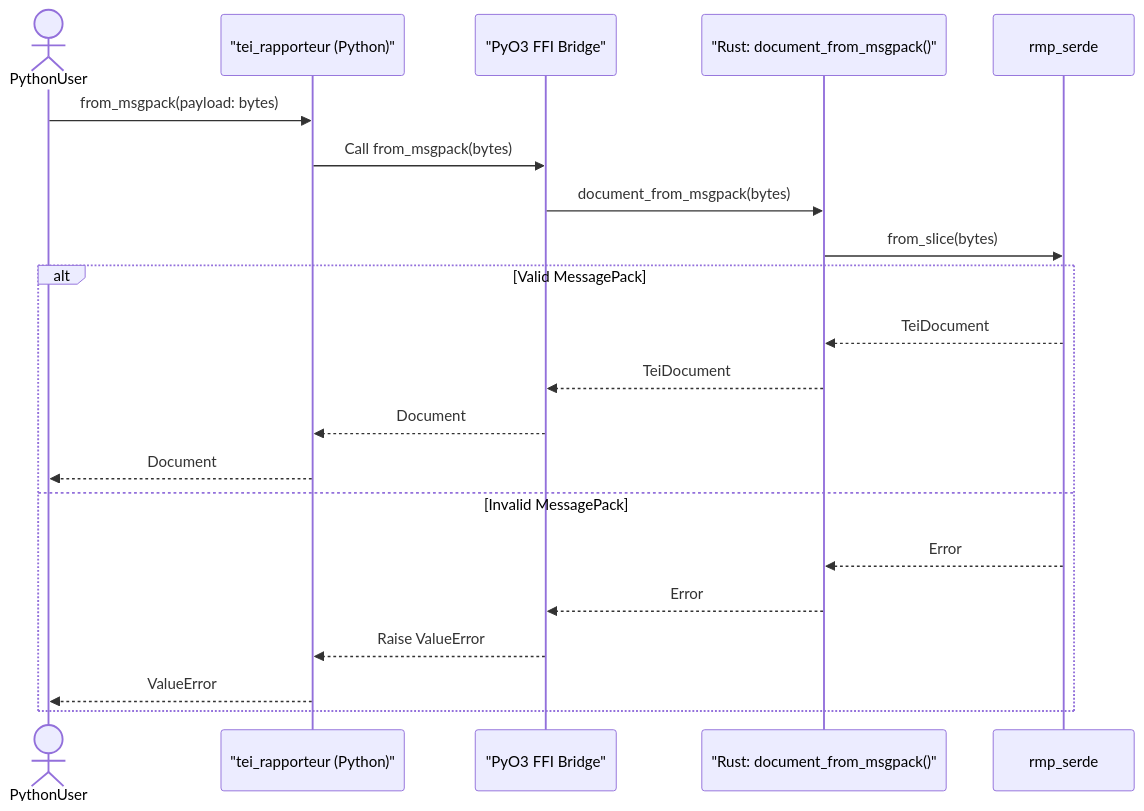
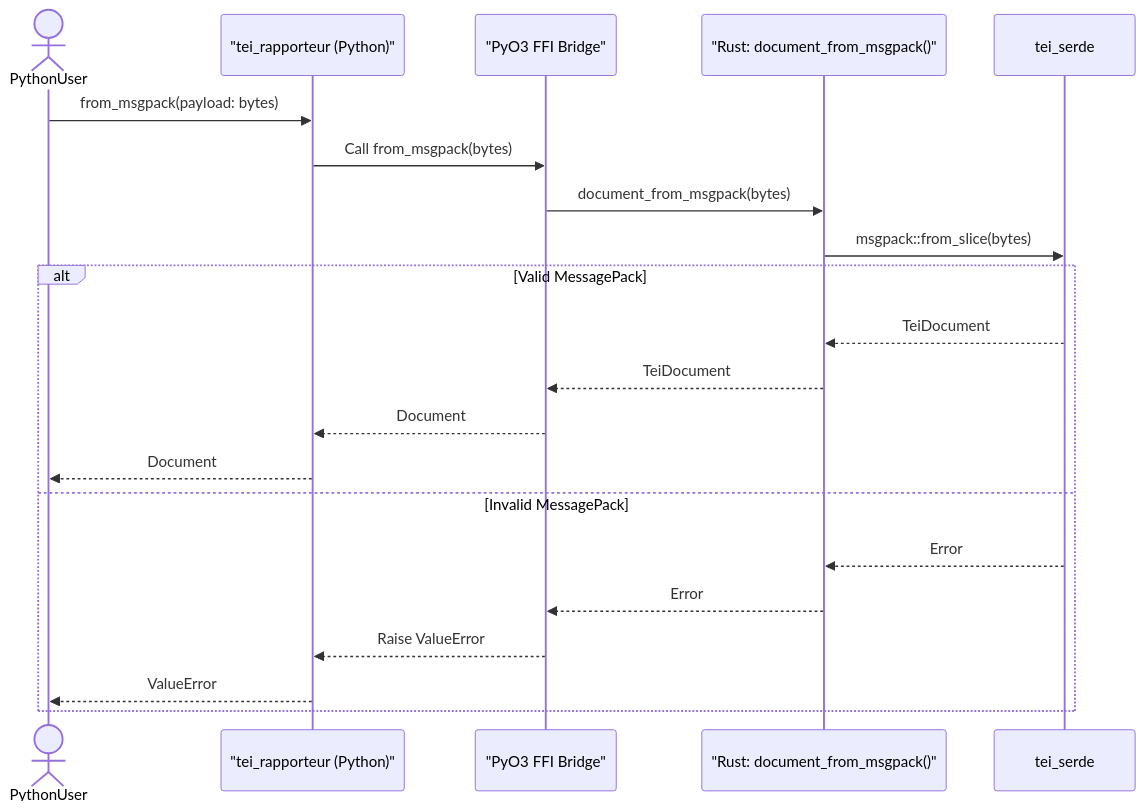
The second of 2 diagrams in docs/tei-rapporteur-design-document.md (leynos/tei-rapporteur), drawn with Mermaid before and after one commit. The commit also changed other lines of this file and 26 other files, not shown here.

First line of the commit message:
feat(tei-serde): add dedicated crate for JSON and MessagePack serialization

````diff
--- a/docs/tei-rapporteur-design-document.md
+++ b/docs/tei-rapporteur-design-document.md
@@ -703,23 +706,23 @@
   ```mermaid
   sequenceDiagram
       actor PythonUser
       participant tei_rapporteur_Python as "tei_rapporteur (Python)"
       participant PyO3_FFI_Bridge as "PyO3 FFI Bridge"
       participant Rust_document_from_msgpack as "Rust: document_from_msgpack()"
-      participant rmp_serde
+      participant tei_serde
       PythonUser->>tei_rapporteur_Python: from_msgpack(payload: bytes)
       tei_rapporteur_Python->>PyO3_FFI_Bridge: Call from_msgpack(bytes)
       PyO3_FFI_Bridge->>Rust_document_from_msgpack: document_from_msgpack(bytes)
-      Rust_document_from_msgpack->>rmp_serde: from_slice(bytes)
+      Rust_document_from_msgpack->>tei_serde: msgpack::from_slice(bytes)
       alt Valid MessagePack
-          rmp_serde-->>Rust_document_from_msgpack: TeiDocument
+          tei_serde-->>Rust_document_from_msgpack: TeiDocument
           Rust_document_from_msgpack-->>PyO3_FFI_Bridge: TeiDocument
           PyO3_FFI_Bridge-->>tei_rapporteur_Python: Document
           tei_rapporteur_Python-->>PythonUser: Document
       else Invalid MessagePack
-          rmp_serde-->>Rust_document_from_msgpack: Error
+          tei_serde-->>Rust_document_from_msgpack: Error
           Rust_document_from_msgpack-->>PyO3_FFI_Bridge: Error
           PyO3_FFI_Bridge-->>tei_rapporteur_Python: Raise ValueError
           tei_rapporteur_Python-->>PythonUser: ValueError
       end
   ```
````
